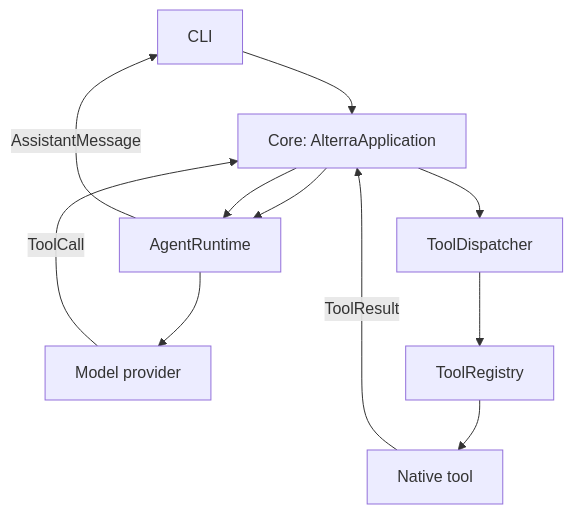
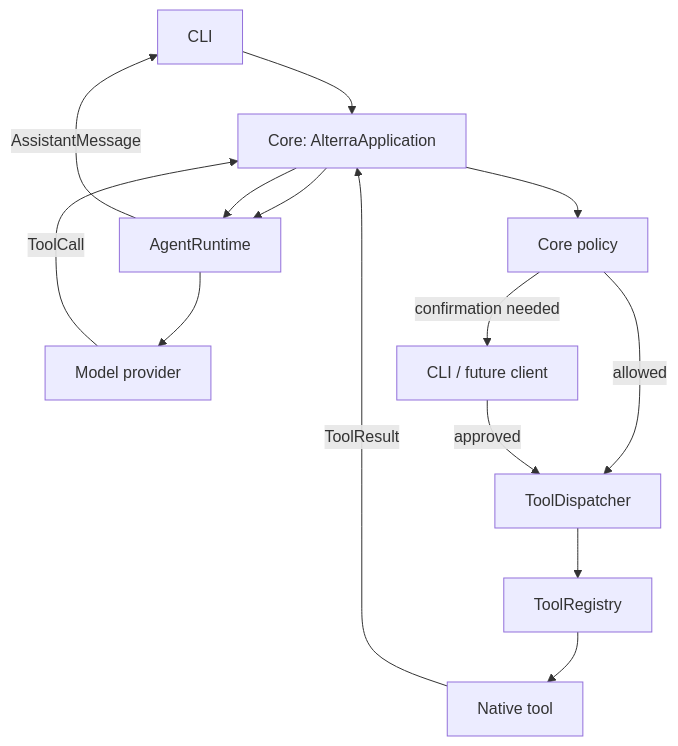
Before and after one commit to Duve3/Alterra: the diagram in docs/architecture.md, drawn with Mermaid. The commit also changed other lines of this file and 3 other files, not shown here.

````diff
--- a/docs/architecture.md
+++ b/docs/architecture.md
@@ -15,13 +15,16 @@
 ```mermaid
 flowchart TD
   CLI --> Core[Core: AlterraApplication]
   Core --> Agent[AgentRuntime]
   Agent --> Model[Model provider]
   Model -->|ToolCall| Core
-  Core --> Dispatcher[ToolDispatcher]
+  Core --> Policy[Core policy]
+  Policy -->|allowed| Dispatcher[ToolDispatcher]
+  Policy -->|confirmation needed| UI[CLI / future client]
+  UI -->|approved| Dispatcher
   Dispatcher --> Registry[ToolRegistry]
   Registry --> Tool[Native tool]
   Tool -->|ToolResult| Core
   Core --> Agent
   Agent -->|AssistantMessage| CLI
 ```
````
